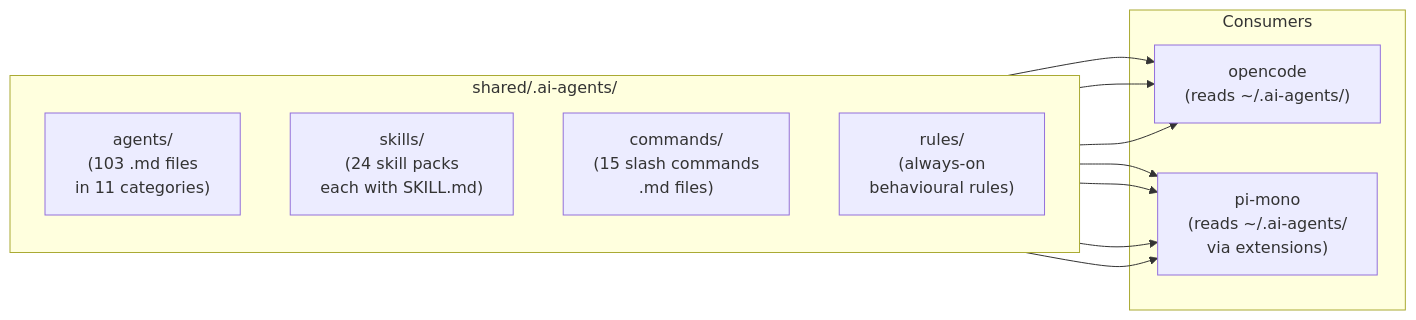
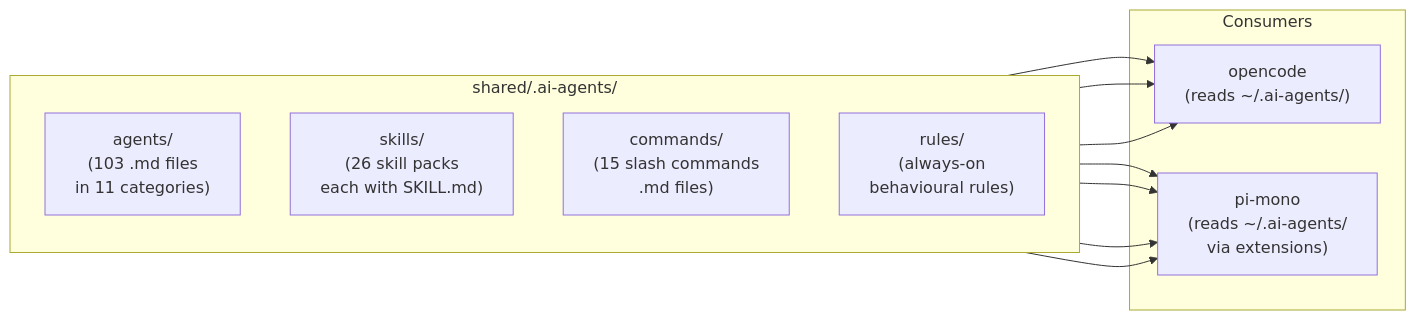
The second of 6 diagrams in docs/ARCHITECTURE.md (jjmartres/ai-coding-agents), drawn with Mermaid before and after one commit. The commit also changed other lines of this file and 14 other files, not shown here.

````diff
--- a/docs/ARCHITECTURE.md
+++ b/docs/ARCHITECTURE.md
@@ -79,23 +81,23 @@
 ```mermaid
 flowchart LR
     subgraph shared["shared/.ai-agents/"]
         direction TB
         agents["agents/\n(103 .md files\nin 11 categories)"]
-        skills["skills/\n(24 skill packs\neach with SKILL.md)"]
+        skills["skills/\n(26 skill packs\neach with SKILL.md)"]
         commands["commands/\n(15 slash commands\n.md files)"]
         rules["rules/\n(always-on\nbehavioural rules)"]
     end
 
     subgraph consumers["Consumers"]
         oc["opencode\n(reads ~/.ai-agents/)"]
         pi["pi-mono\n(reads ~/.ai-agents/\nvia extensions)"]
     end
 
     agents --> oc
     agents --> pi
     skills --> oc
     skills --> pi
     commands --> oc
     commands --> pi
     rules --> pi
 ```
````
